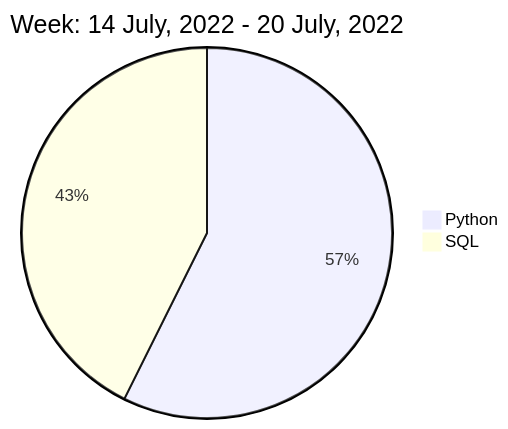
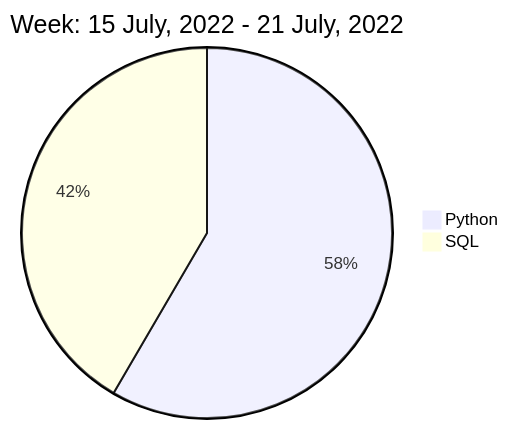
The diagram in README.md (liubin95/liubin95), drawn with Mermaid before and after one commit.

Commit message:
Updated the Graph with new Metrics

````diff
--- a/README.md
+++ b/README.md
@@ -40,6 +40,6 @@
 ```mermaid
  pie
-title Week: 14 July, 2022 - 20 July, 2022
- "Python" : 2.65
- "SQL" : 1.97
+title Week: 15 July, 2022 - 21 July, 2022
+ "Python" : 2.57
+ "SQL" : 1.83
 ```
````
